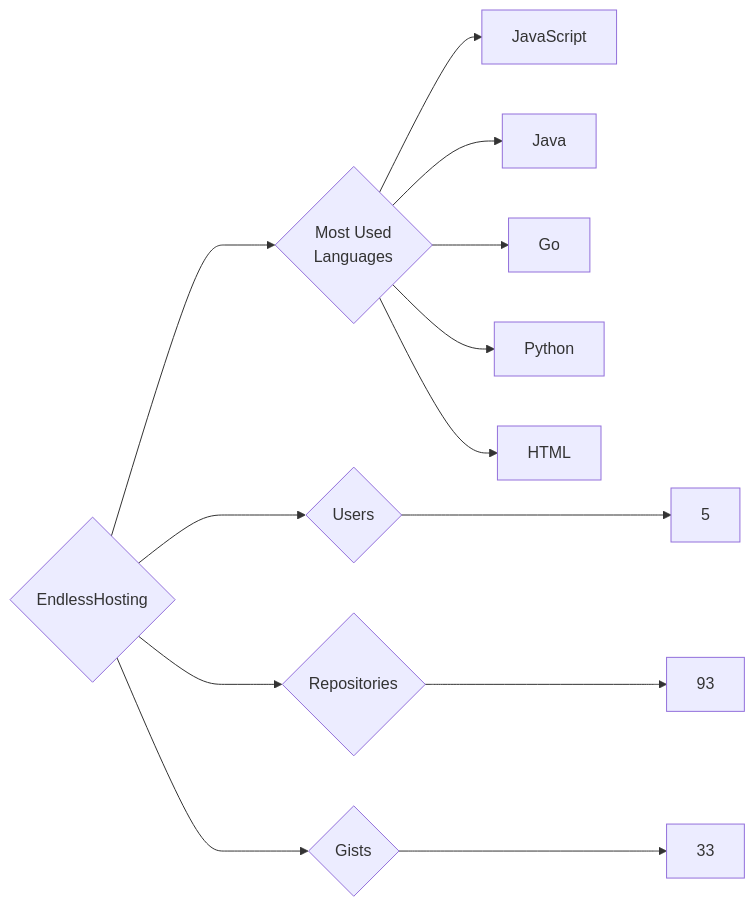
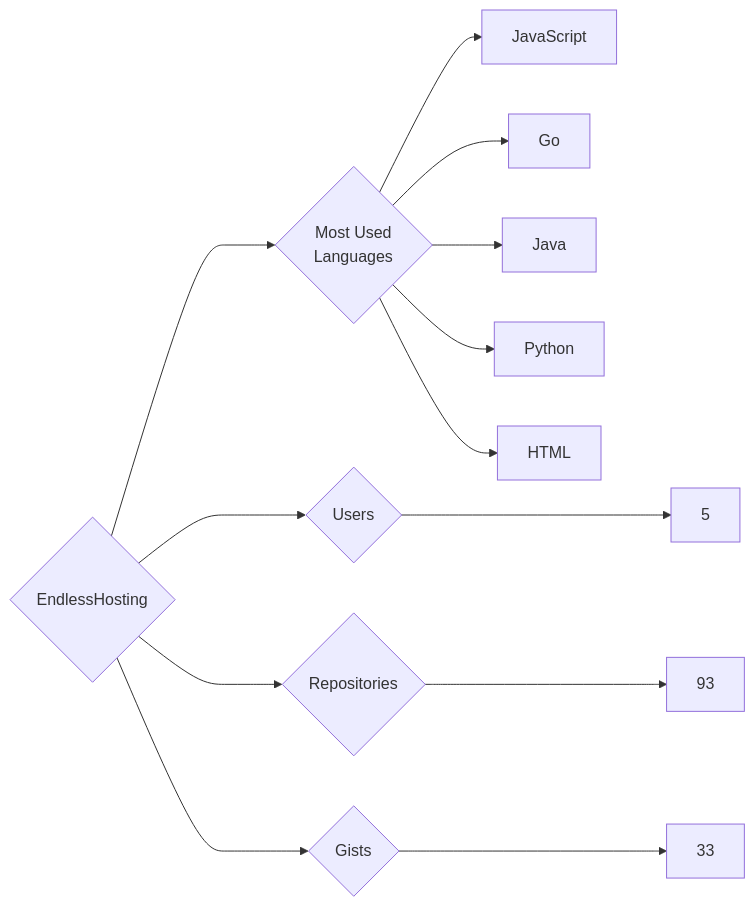
The diagram in targets/EndlessHosting/README.md (trickest/insiders), drawn with Mermaid before and after one commit. The commit also changed other lines of this file and 882 other files, not shown here.

````diff
--- a/targets/EndlessHosting/README.md
+++ b/targets/EndlessHosting/README.md
@@ -3,13 +3,13 @@
 ```mermaid
 graph LR
 COMPANY_NAME{EndlessHosting}
 COMPANY_NAME ---> U{Users} ---> UN[5]
 COMPANY_NAME ---> R{Repositories} ---> RN[93]
 COMPANY_NAME ---> G{Gists} ---> GN[33]
 COMPANY_NAME ---> ML{Most Used<br>Languages}
 ML --> JavaScript[JavaScript]
+ML --> Go[Go]
 ML --> Java[Java]
-ML --> Go[Go]
 ML --> Python[Python]
 ML --> HTML[HTML]
 ```
````
